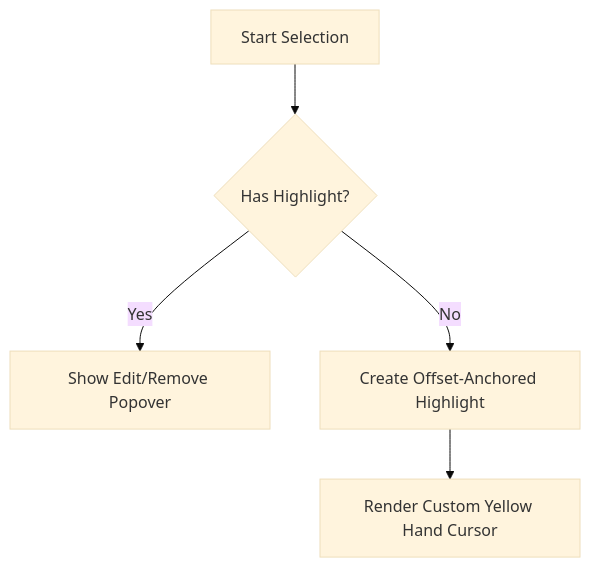
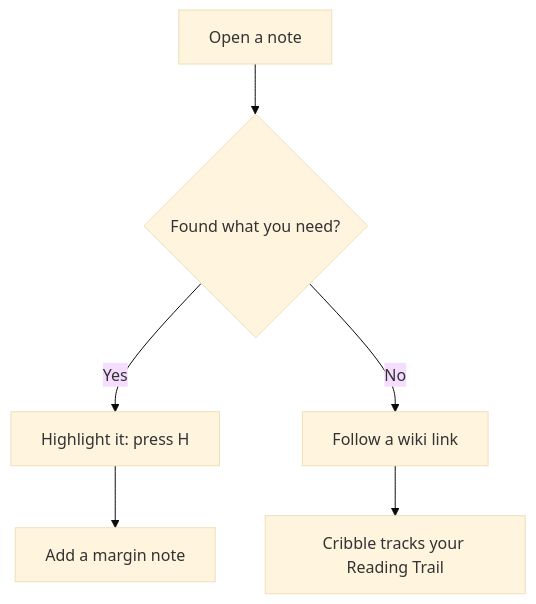
Before and after one commit to adidshaft/cribble: the diagram in Sources/Cribble/Resources/DemoNotes/Markdown Showcase.md, drawn with Mermaid (base theme). The commit also changed other lines of this file and 17 other files, not shown here.

````diff
--- a/Sources/Cribble/Resources/DemoNotes/Markdown Showcase.md
+++ b/Sources/Cribble/Resources/DemoNotes/Markdown Showcase.md
@@ -15,7 +18,8 @@
 ```mermaid
 graph TD;
-    A[Start Selection] --> B{Has Highlight?};
-    B -- Yes --> C[Show Edit/Remove Popover];
-    B -- No --> D[Create Offset-Anchored Highlight];
-    D --> E[Render Custom Yellow Hand Cursor];
+    A[Open a note] --> B{Found what you need?};
+    B -- Yes --> C[Highlight it: press H];
+    B -- No --> D[Follow a wiki link];
+    D --> E[Cribble tracks your Reading Trail];
+    C --> F[Add a margin note];
 ```
````
